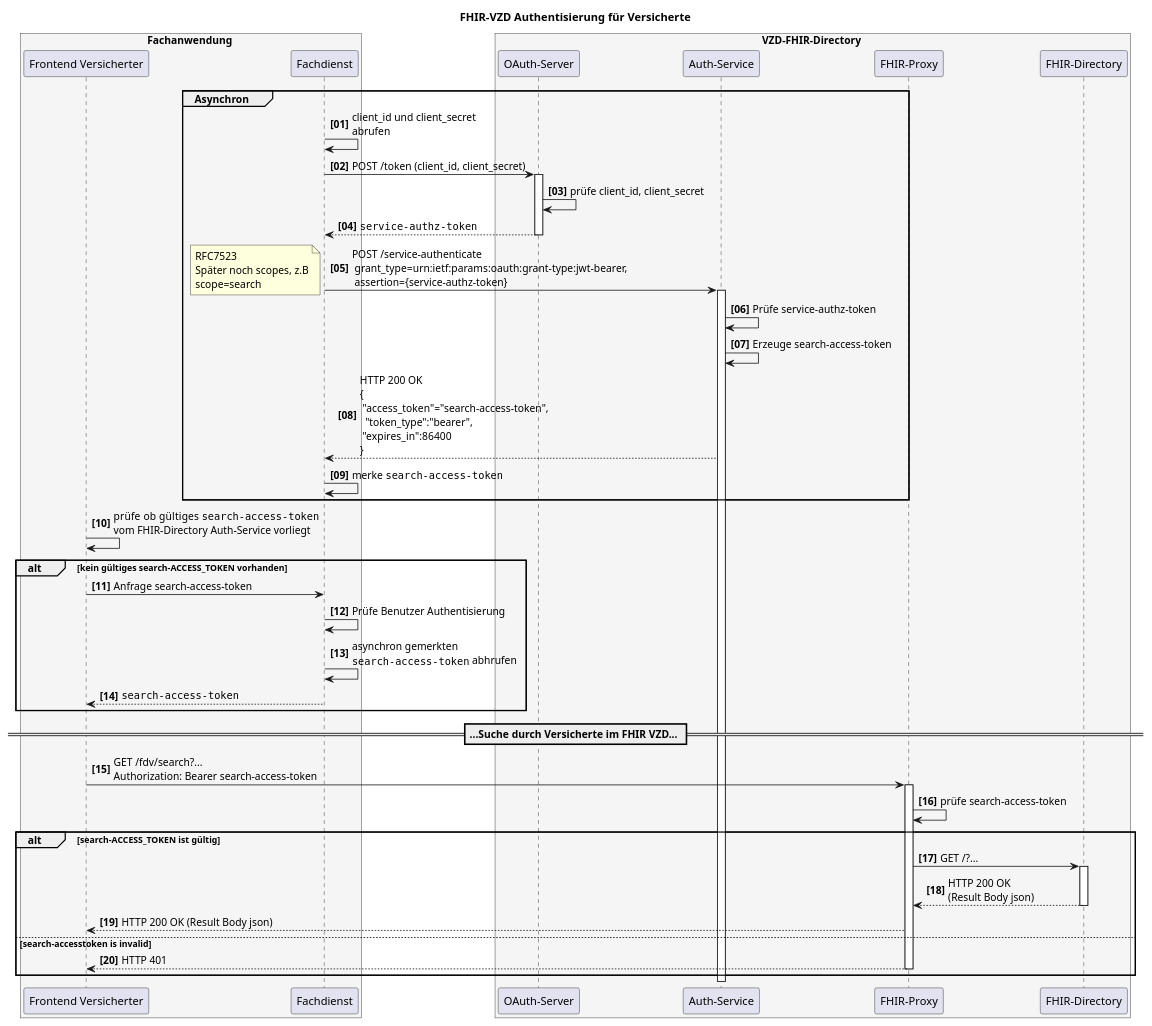
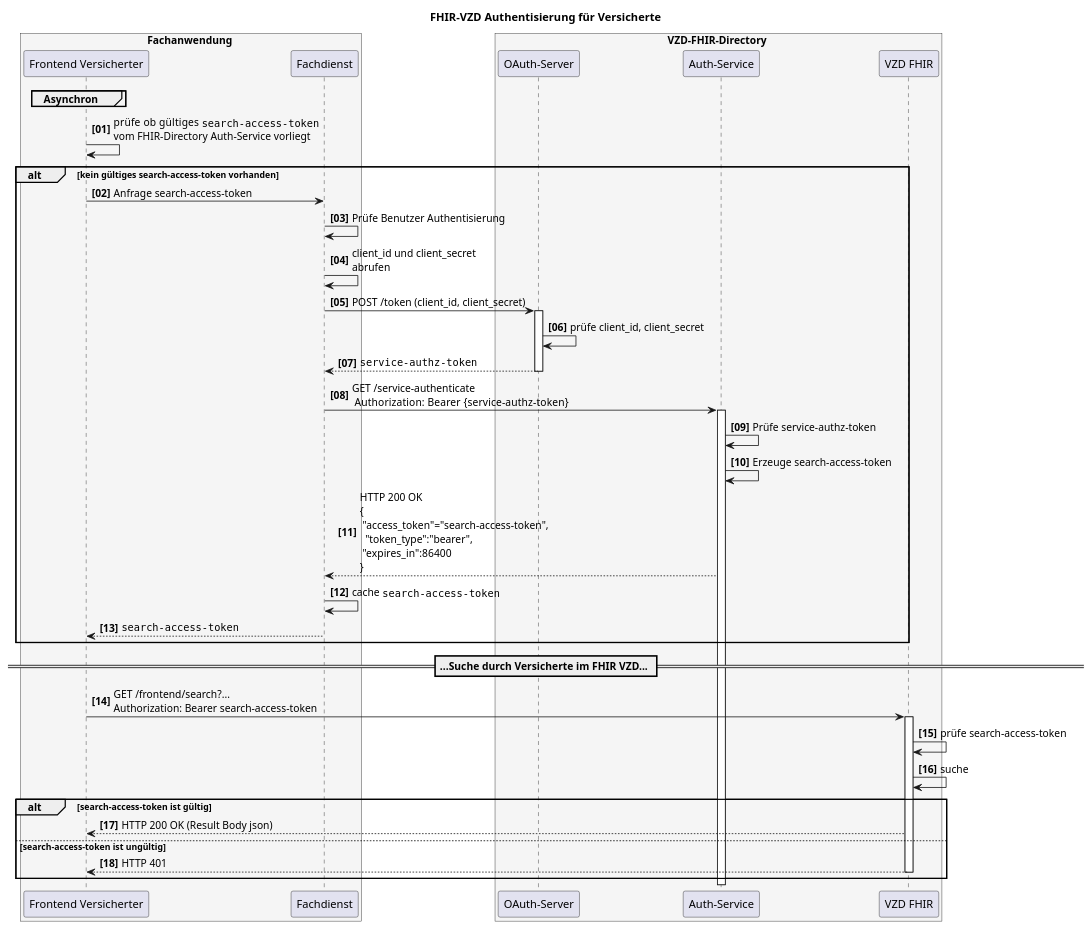
The diagram in src/plantuml/SequenceDiagram.FHIR-Directory.fdv.search.puml (gematik/api-vzd), drawn with PlantUML before and after one commit.

```diff
--- a/src/plantuml/SequenceDiagram.FHIR-Directory.fdv.search.puml
+++ b/src/plantuml/SequenceDiagram.FHIR-Directory.fdv.search.puml
@@ -1,73 +1,62 @@
 @startuml
 autonumber 1 1 "<b>[00]"
 title "FHIR-VZD Authentisierung für Versicherte"
 
 
 box Fachanwendung #WhiteSmoke
     participant VClient as "Frontend Versicherter"
     participant FDienst as "Fachdienst"
 end box
 
 box VZD-FHIR-Directory #WhiteSmoke
     participant "OAuth-Server" as VzdOAuth
     participant "Auth-Service" as VzdAuth
-    participant fp as "FHIR-Proxy"
-    participant fd as "FHIR-Directory"
+    participant fp as "VZD FHIR"
 end box
 
 
 group Asynchron
 
-FDienst -> FDienst: client_id und client_secret\nabrufen
-FDienst ->VzdOAuth++: POST /token (client_id, client_secret)
-VzdOAuth->VzdOAuth: prüfe client_id, client_secret
-VzdOAuth-->FDienst--: ""service-authz-token""
-
-FDienst->VzdAuth++: POST /service-authenticate \n grant_type=urn:ietf:params:oauth:grant-type:jwt-bearer,\n assertion={service-authz-token}
-
-note left
-RFC7523
-Später noch scopes, z.B
-scope=search
-end note
-
-VzdAuth->VzdAuth: Prüfe service-authz-token
-
-VzdAuth->VzdAuth: Erzeuge search-access-token
-VzdAuth-->FDienst: HTTP 200 OK\n{\n "access_token"="search-access-token",\n  "token_type":"bearer",\n "expires_in":86400\n}
-
-FDienst->FDienst: merke ""search-access-token""
 
 
 end
 
 VClient-> VClient: prüfe ob  gültiges ""search-access-token""\nvom FHIR-Directory Auth-Service vorliegt
 
 
-alt kein gültiges search-ACCESS_TOKEN vorhanden
+alt kein gültiges search-access-token vorhanden
    VClient-> FDienst: Anfrage search-access-token
 
    FDienst->FDienst: Prüfe Benutzer Authentisierung
-   FDienst->FDienst: asynchron gemerkten\n""search-access-token"" abhrufen
+   
+   FDienst -> FDienst: client_id und client_secret\nabrufen
+   FDienst ->VzdOAuth++: POST /token (client_id, client_secret)
+   VzdOAuth->VzdOAuth: prüfe client_id, client_secret
+   VzdOAuth-->FDienst--: ""service-authz-token""
+
+   FDienst->VzdAuth++: GET /service-authenticate \n Authorization:   Bearer {service-authz-token}
+
+   VzdAuth->VzdAuth: Prüfe service-authz-token
+
+   VzdAuth->VzdAuth: Erzeuge search-access-token
+   VzdAuth-->FDienst: HTTP 200 OK\n{\n "access_token"="search-access-token",\n  "token_type":"bearer",\n "expires_in":86400\n}
+
+   FDienst->FDienst: cache ""search-access-token""
 
    FDienst-->VClient: ""search-access-token""
 end
 
 == ...Suche durch Versicherte im FHIR VZD... ==
 
-VClient -> fp: GET /fdv/search?... \nAuthorization: Bearer search-access-token
+VClient -> fp: GET /frontend/search?... \nAuthorization: Bearer search-access-token
 activate fp
 fp -> fp: prüfe search-access-token
-
-alt search-ACCESS_TOKEN ist gültig
-   fp -> fd: GET /?...
-   activate fd
-   fd --> fp: HTTP 200 OK\n(Result Body json)
-   deactivate fd
+fp -> fp: suche
+alt search-access-token ist gültig
    fp --> VClient : HTTP 200 OK (Result Body json)
- else search-accesstoken is invalid
+ else search-access-token ist ungültig
    fp --> VClient : HTTP 401
    deactivate fp
 end
 
 @enduml
```
